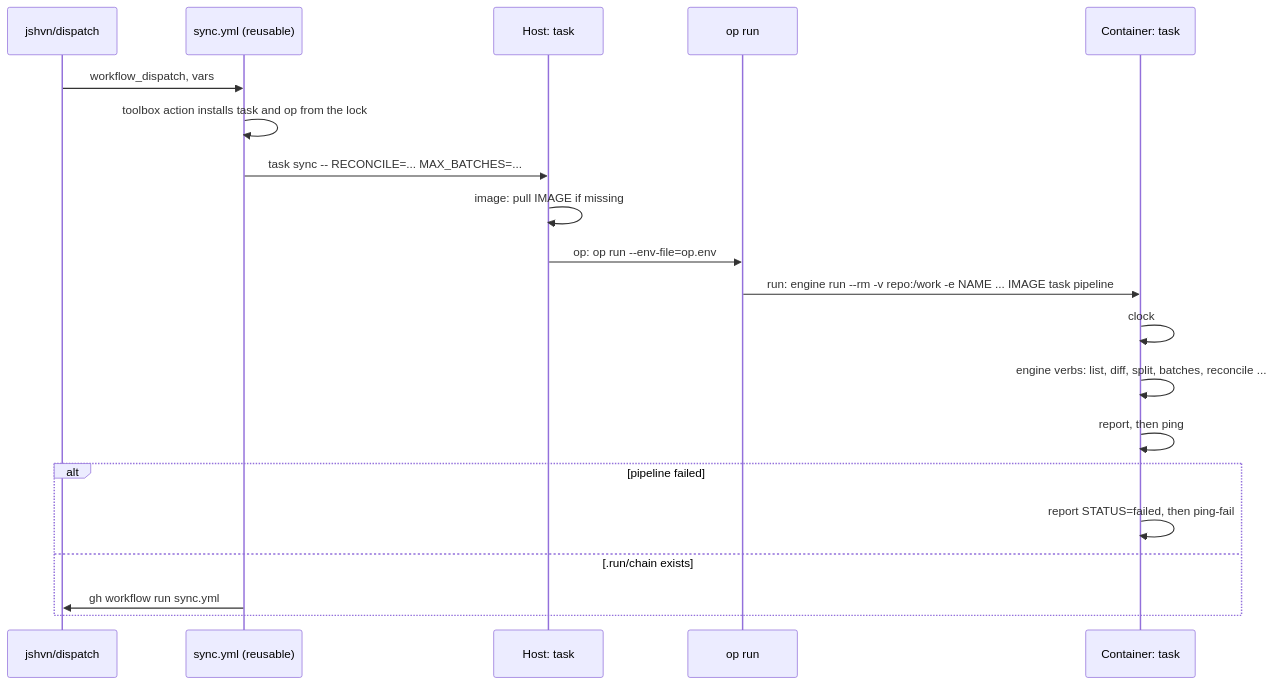
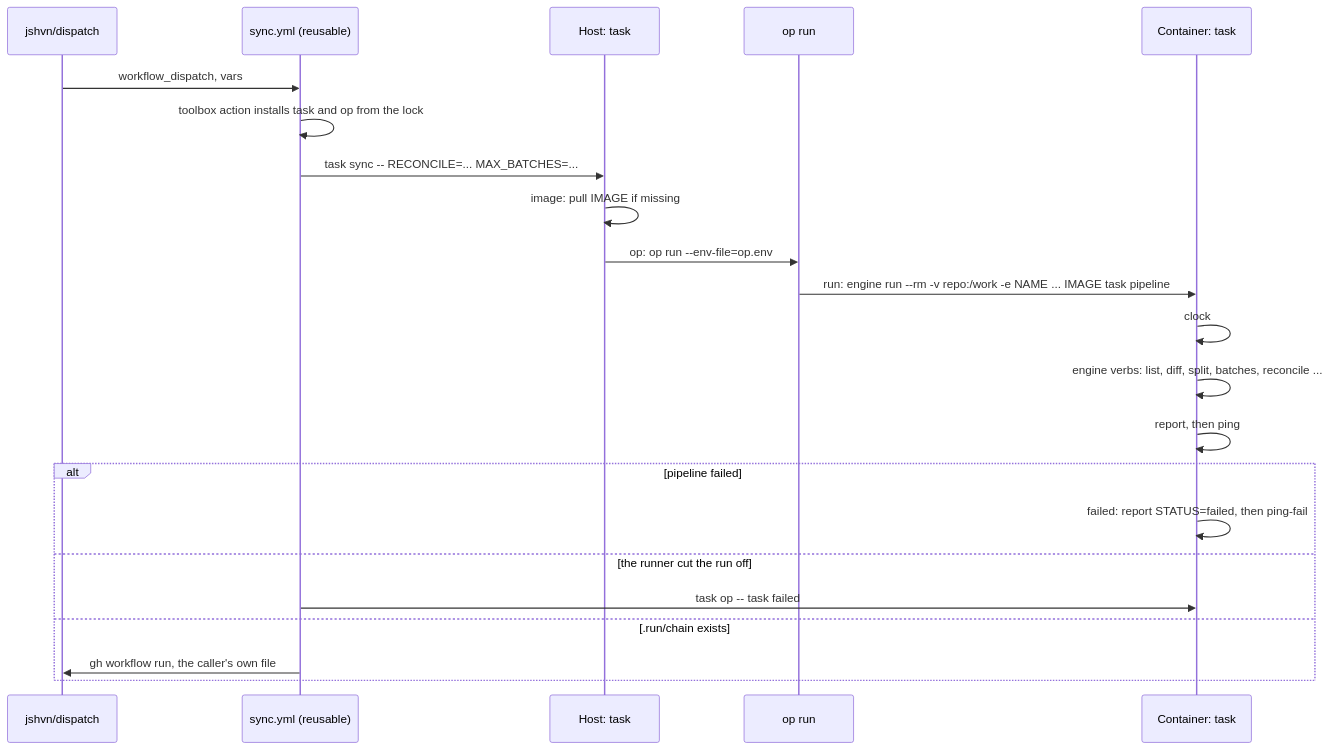
One commit to katoptra/lib changed the second of 2 diagrams in README.md. Above: the diagram before and after it, drawn with Mermaid. The commit also changed other lines of this file and 30 other files, not shown here.

````diff
--- a/README.md
+++ b/README.md
@@ -47,22 +47,24 @@
 ```mermaid
 sequenceDiagram
   participant D as jshvn/dispatch
   participant W as sync.yml (reusable)
   participant H as Host: task
   participant O as op run
   participant C as Container: task
   D->>W: workflow_dispatch, vars
   W->>W: toolbox action installs task and op from the lock
   W->>H: task sync -- RECONCILE=... MAX_BATCHES=...
   H->>H: image: pull IMAGE if missing
   H->>O: op: op run --env-file=op.env
   O->>C: run: engine run --rm -v repo:/work -e NAME ... IMAGE task pipeline
   C->>C: clock
   C->>C: engine verbs: list, diff, split, batches, reconcile ...
   C->>C: report, then ping
   alt pipeline failed
-    C->>C: report STATUS=failed, then ping-fail
+    C->>C: failed: report STATUS=failed, then ping-fail
+  else the runner cut the run off
+    W->>C: task op -- task failed
   else .run/chain exists
-    W->>D: gh workflow run sync.yml
+    W->>D: gh workflow run, the caller's own file
   end
 ```
````
